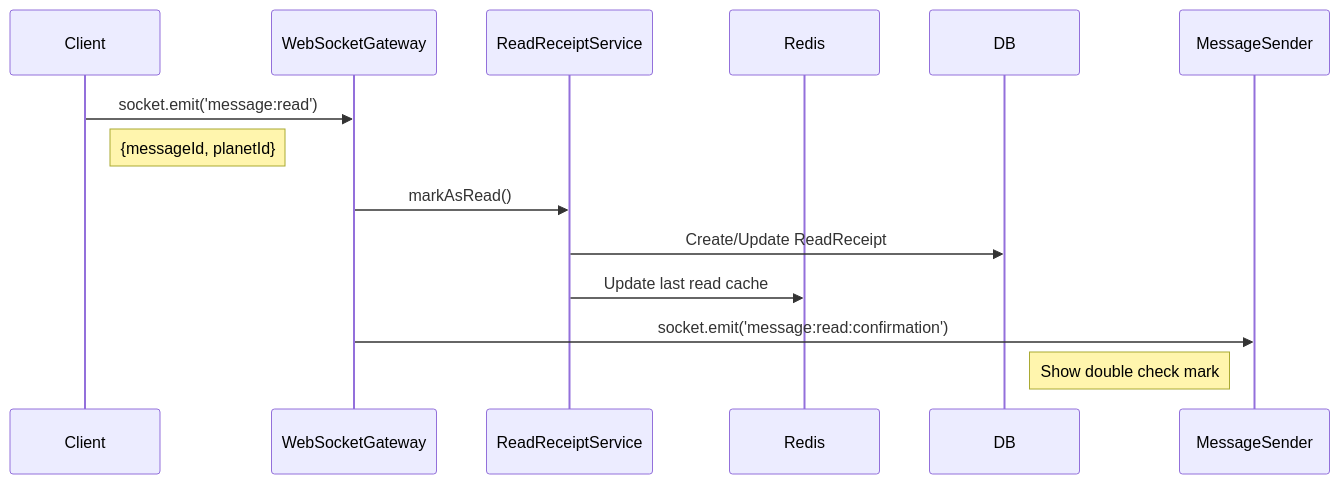
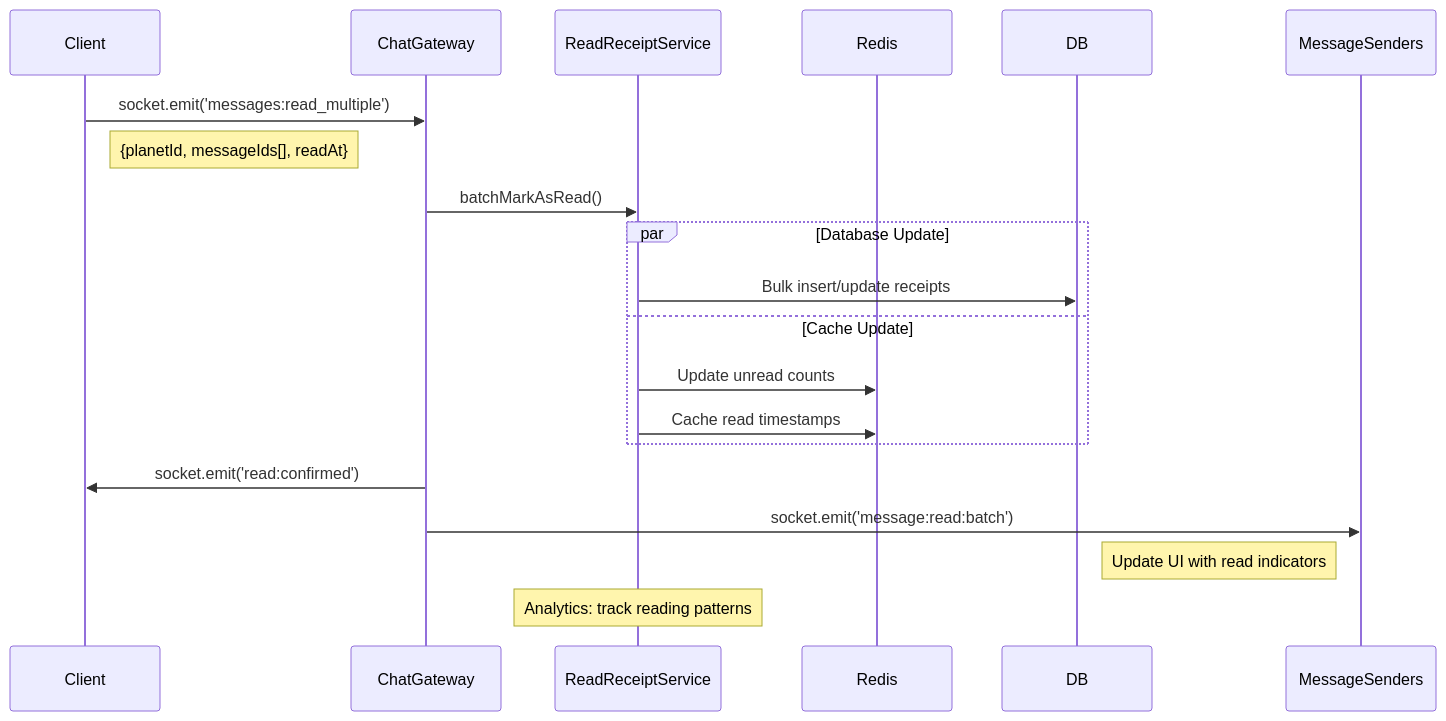
One commit to maximizest/connecto-nest changed the seventh of 10 diagrams in .md/flow.md. Above: the diagram before and after it, drawn with Mermaid. The commit also changed other lines of this file, not shown here.

````diff
--- a/.md/flow.md
+++ b/.md/flow.md
@@ -527,19 +470,27 @@
 ```mermaid
 sequenceDiagram
     participant Client
-    participant WebSocketGateway
+    participant ChatGateway
     participant ReadReceiptService
     participant Redis
     participant DB
+    participant MessageSenders
     
-    Client->>WebSocketGateway: socket.emit('message:read')
-    Note right of Client: {messageId, planetId}
+    Client->>ChatGateway: socket.emit('messages:read_multiple')
+    Note right of Client: {planetId, messageIds[], readAt}
     
-    WebSocketGateway->>ReadReceiptService: markAsRead()
-    ReadReceiptService->>DB: Create/Update ReadReceipt
+    ChatGateway->>ReadReceiptService: batchMarkAsRead()
     
-    ReadReceiptService->>Redis: Update last read cache
+    par Database Update
+        ReadReceiptService->>DB: Bulk insert/update receipts
+    and Cache Update
+        ReadReceiptService->>Redis: Update unread counts
+        ReadReceiptService->>Redis: Cache read timestamps
+    end
     
-    WebSocketGateway->>MessageSender: socket.emit('message:read:confirmation')
-    Note left of MessageSender: Show double check mark
+    ChatGateway->>Client: socket.emit('read:confirmed')
+    ChatGateway->>MessageSenders: socket.emit('message:read:batch')
+    Note left of MessageSenders: Update UI with read indicators
+    
+    Note over ReadReceiptService: Analytics: track reading patterns
 ```
````
